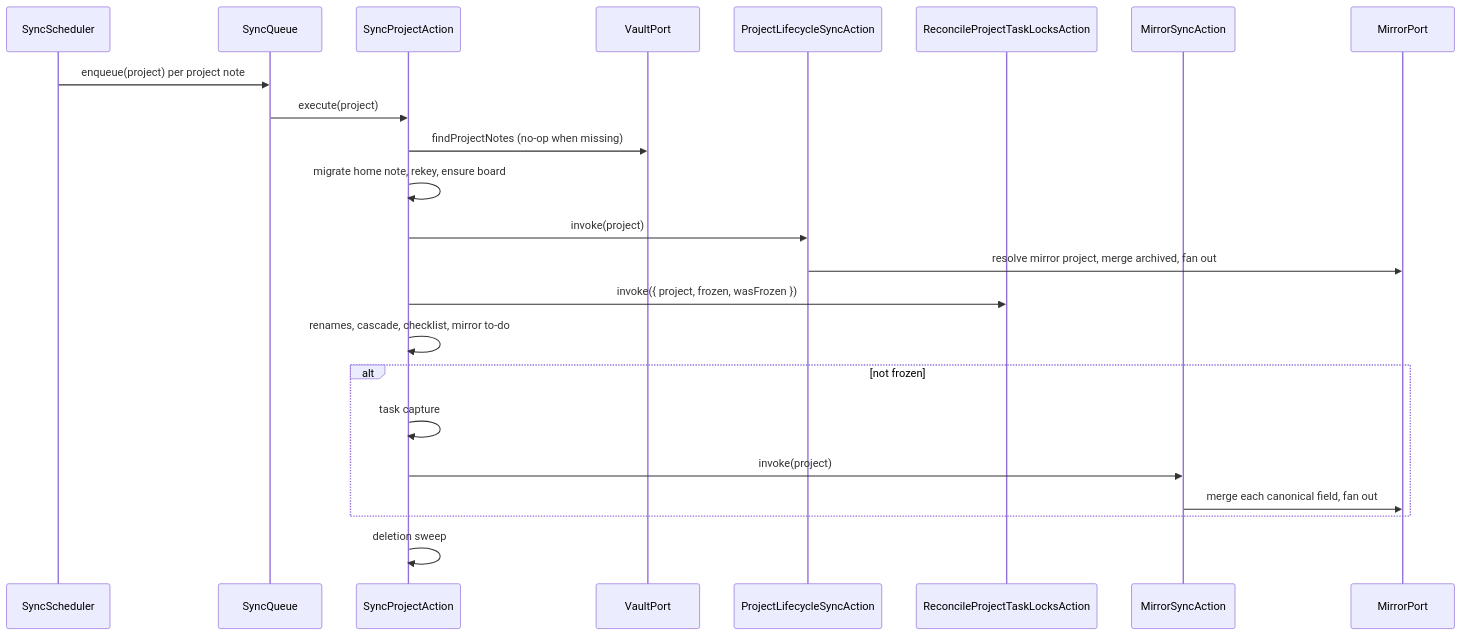
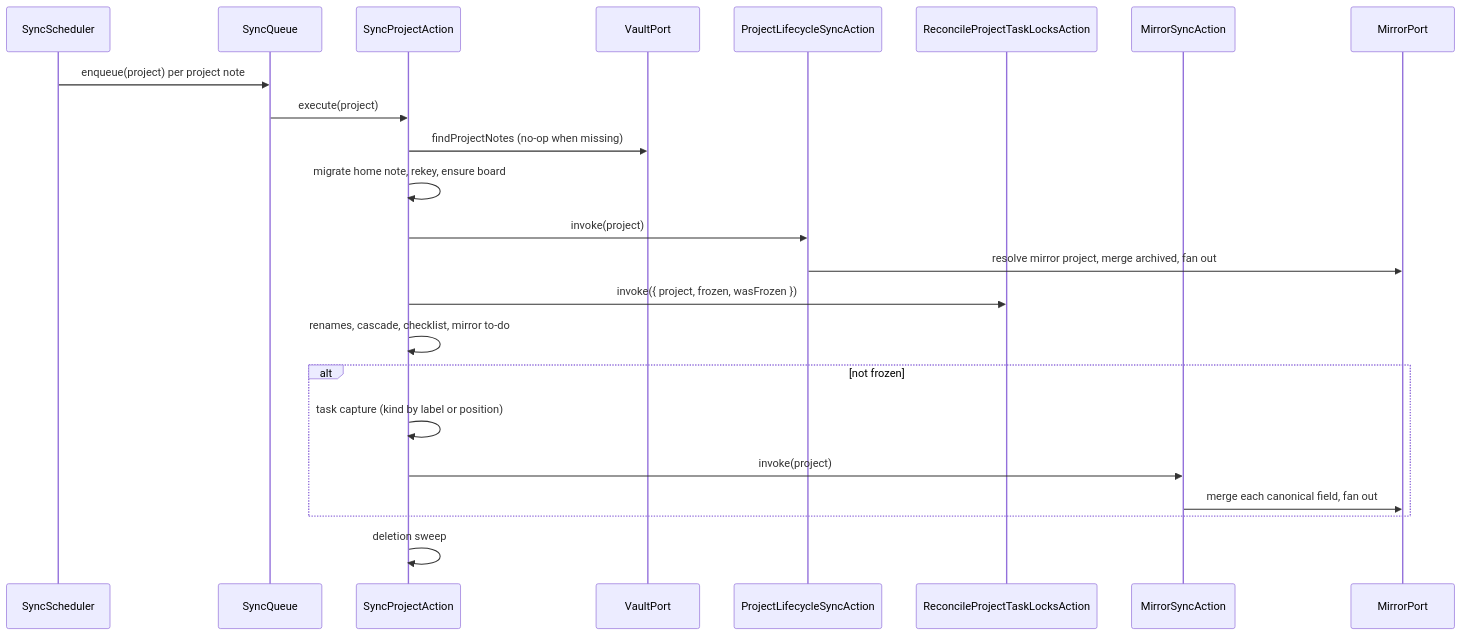
Before and after one commit to 99linesofcode/obsidian-project-management: the diagram in ARCHITECTURE.md, drawn with Mermaid. The commit also changed other lines of this file and 1 other file, not shown here.

First line of the commit message:
docs(capture): the project gate and the captured kind

````diff
--- a/ARCHITECTURE.md
+++ b/ARCHITECTURE.md
@@ -123,26 +123,26 @@
 ```mermaid
 sequenceDiagram
   participant Sched as SyncScheduler
   participant Q as SyncQueue
   participant SP as SyncProjectAction
   participant V as VaultPort
   participant Life as ProjectLifecycleSyncAction
   participant Lock as ReconcileProjectTaskLocksAction
   participant TF as MirrorSyncAction
   participant M as MirrorPort
 
   Sched->>Q: enqueue(project) per project note
   Q->>SP: execute(project)
   SP->>V: findProjectNotes (no-op when missing)
   SP->>SP: migrate home note, rekey, ensure board
   SP->>Life: invoke(project)
   Life->>M: resolve mirror project, merge archived, fan out
   SP->>Lock: invoke({ project, frozen, wasFrozen })
   SP->>SP: renames, cascade, checklist, mirror to-do
   alt not frozen
-    SP->>SP: task capture
+    SP->>SP: task capture (kind by label or position)
     SP->>TF: invoke(project)
     TF->>M: merge each canonical field, fan out
   end
   SP->>SP: deletion sweep
 ```
````
